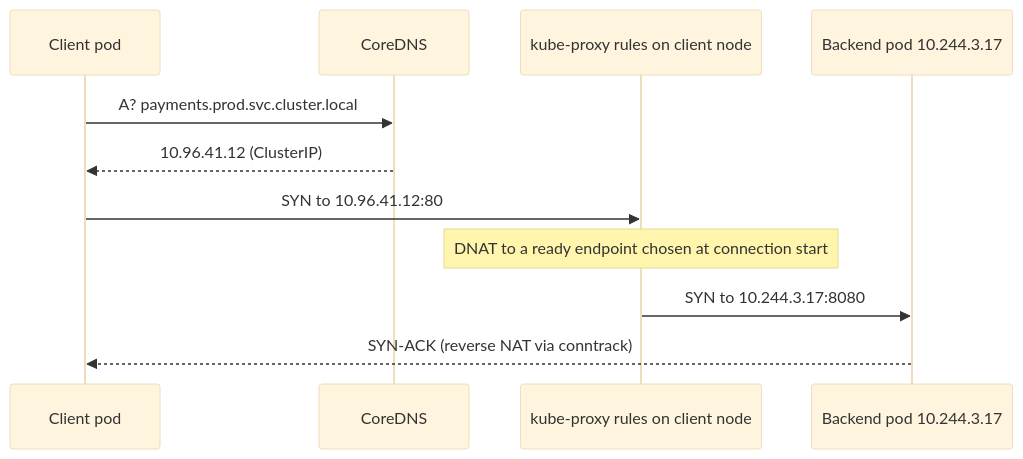
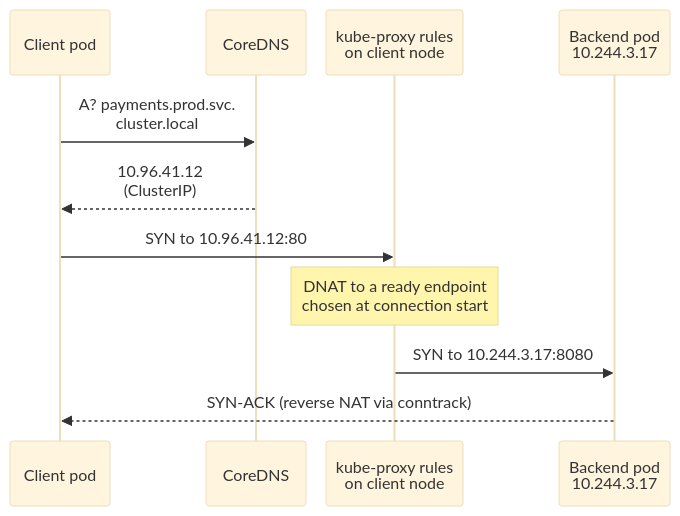
Before and after one commit to Siva010/CoreCS: the diagram in content/lessons/cn/cn-container-networking.md, drawn with Mermaid (base theme). The commit also changed 19 other files, not shown here.

First line of the commit message:
Merge the OS and Networks diagram readability fixes

````diff
--- a/content/lessons/cn/cn-container-networking.md
+++ b/content/lessons/cn/cn-container-networking.md
@@ -77,13 +77,14 @@
 ```mermaid
+%%{init: {"sequence": {"width": 100, "actorMargin": 20}}}%%
 sequenceDiagram
     participant C as Client pod
     participant DNS as CoreDNS
-    participant K as kube-proxy rules on client node
-    participant P as Backend pod 10.244.3.17
-    C->>DNS: A? payments.prod.svc.cluster.local
-    DNS-->>C: 10.96.41.12 (ClusterIP)
+    participant K as kube-proxy rules<br/>on client node
+    participant P as Backend pod<br/>10.244.3.17
+    C->>DNS: A? payments.prod.svc.<br/>cluster.local
+    DNS-->>C: 10.96.41.12<br/>(ClusterIP)
     C->>K: SYN to 10.96.41.12:80
-    Note over K: DNAT to a ready endpoint chosen at connection start
+    Note over K: DNAT to a ready endpoint<br/>chosen at connection start
     K->>P: SYN to 10.244.3.17:8080
     P-->>C: SYN-ACK (reverse NAT via conntrack)
 ```
````
